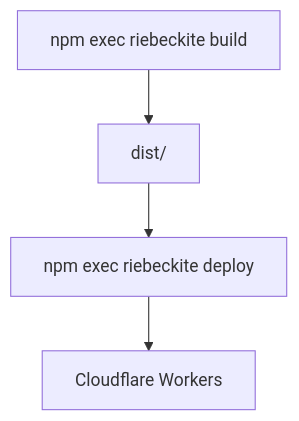
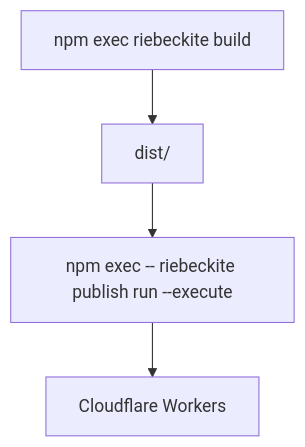
One commit to Rerurate514/riebeckite changed the second of 6 diagrams in docs/docs/guides/deployment/cloudflare-workers.ja.md. Above: the diagram before and after it, drawn with Mermaid. The commit also changed other lines of this file and 55 other files, not shown here.

````diff
--- a/docs/docs/guides/deployment/cloudflare-workers.ja.md
+++ b/docs/docs/guides/deployment/cloudflare-workers.ja.md
@@ -138,11 +138,11 @@
 ```mermaid
 flowchart TD
     Build["npm exec riebeckite build"]
     Dist["dist/"]
-    Deploy["npm exec riebeckite deploy"]
+    Deploy["npm exec -- riebeckite publish run --execute"]
     Workers["Cloudflare Workers"]
 
     Build --> Dist
     Dist --> Deploy
     Deploy --> Workers
 ```
````
